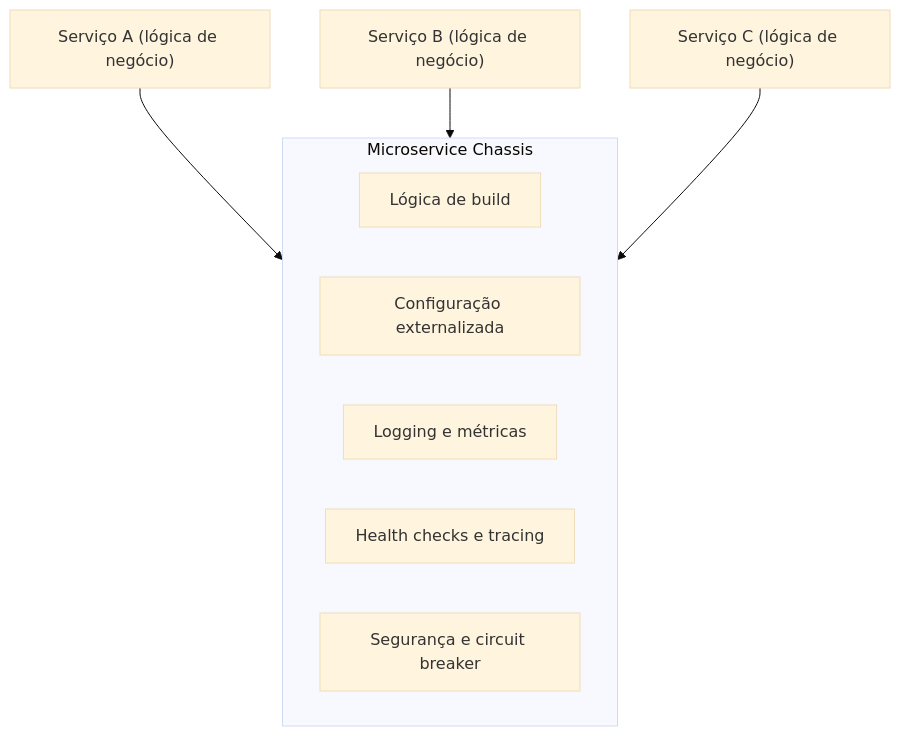
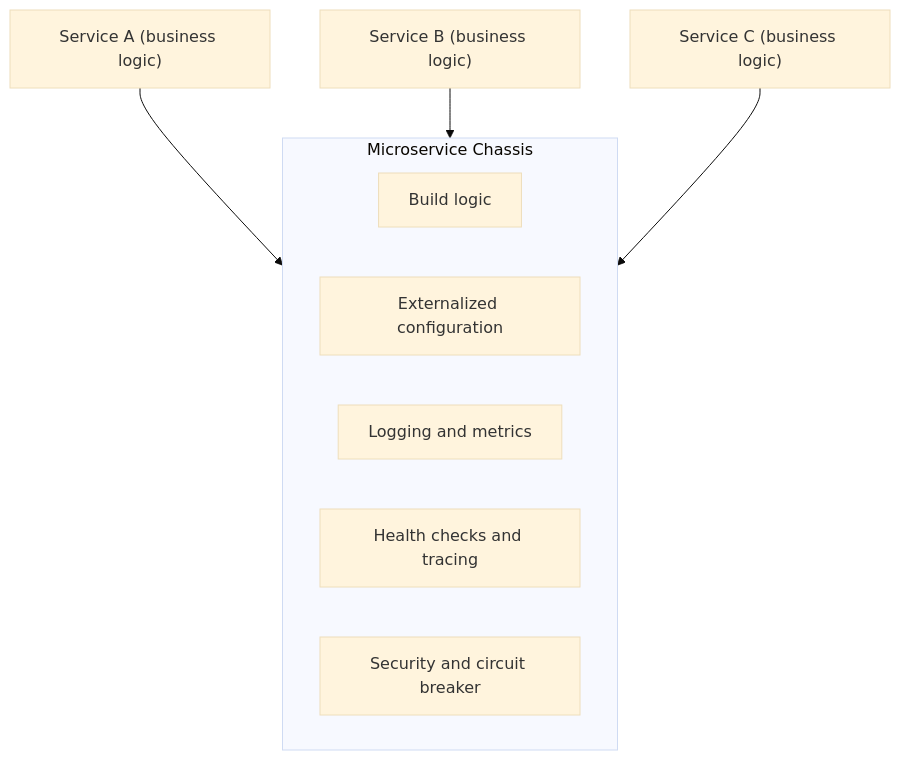
The diagram in docs/architecture/microservices/cross-cutting-concerns/microservice-chassis.md (alancesar/design-patterns), drawn with Mermaid (base theme) before and after one commit. The commit also changed 258 other files, not shown here.

First line of the commit message:
Translate Mermaid diagrams to English

````diff
--- a/docs/architecture/microservices/cross-cutting-concerns/microservice-chassis.md
+++ b/docs/architecture/microservices/cross-cutting-concerns/microservice-chassis.md
@@ -55,13 +55,13 @@
 ```mermaid
 flowchart TB
     subgraph Chassis["Microservice Chassis"]
-        B["Lógica de build"]
-        C1["Configuração externalizada"]
-        C2["Logging e métricas"]
-        C3["Health checks e tracing"]
-        C4["Segurança e circuit breaker"]
+        B["Build logic"]
+        C1["Externalized configuration"]
+        C2["Logging and metrics"]
+        C3["Health checks and tracing"]
+        C4["Security and circuit breaker"]
     end
-    S1["Serviço A (lógica de negócio)"] --> Chassis
-    S2["Serviço B (lógica de negócio)"] --> Chassis
-    S3["Serviço C (lógica de negócio)"] --> Chassis
+    S1["Service A (business logic)"] --> Chassis
+    S2["Service B (business logic)"] --> Chassis
+    S3["Service C (business logic)"] --> Chassis
 ```
````
